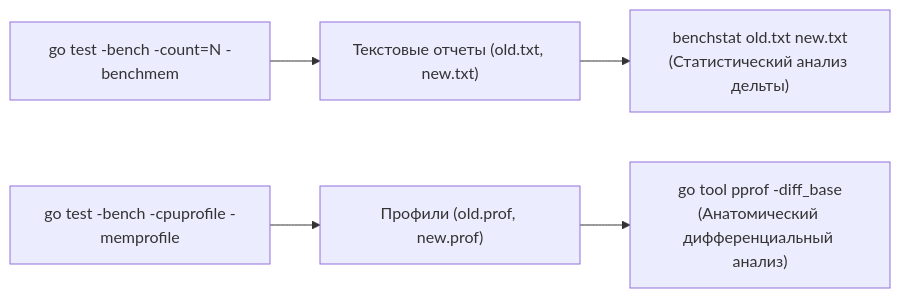
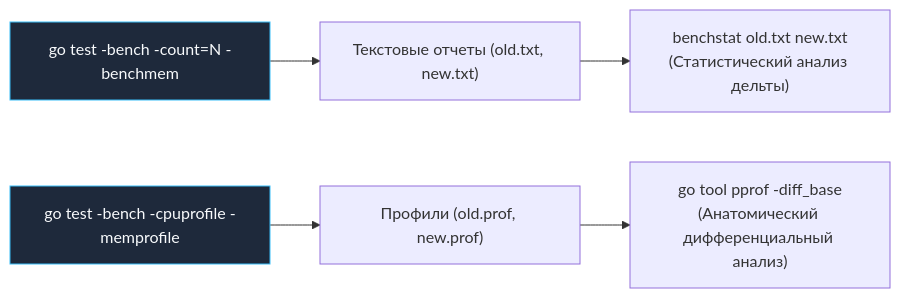
Before and after one commit to UnrealTemplier/go-textbook: the second of 5 diagrams in sources/16. Профилирование, отладка и производительность/02. Benchmarking/8. Сравнение версий кода.md, drawn with Mermaid. The commit also changed other lines of this file and 1666 other files, not shown here.

First line of the commit message:
feat(mermaid): add semantic color classDef to 1369 colorless flowchart/graph diagrams

````diff
--- a/sources/16. Профилирование, отладка и производительность/02. Benchmarking/8. Сравнение версий кода.md
+++ b/sources/16. Профилирование, отладка и производительность/02. Benchmarking/8. Сравнение версий кода.md
@@ -65,8 +75,18 @@
 ```mermaid
 flowchart LR
-    GoTest["go test -bench -count=N -benchmem"] --> RawFiles["Текстовые отчеты (old.txt, new.txt)"]
+    classDef process  fill:#1e293b,stroke:#38bdf8,stroke-width:1px,color:#f8fafc
+    classDef success  fill:#064e3b,stroke:#34d399,stroke-width:1px,color:#f8fafc
+    classDef error    fill:#7f1d1d,stroke:#f87171,stroke-width:1px,color:#f8fafc
+    classDef warning  fill:#78350f,stroke:#fbbf24,stroke-width:1px,color:#f8fafc
+    classDef entry    fill:#1e3a5f,stroke:#38bdf8,stroke-width:2px,color:#f8fafc
+    classDef aux      fill:#334155,stroke:#64748b,stroke-width:1px,color:#f8fafc
+    classDef system   fill:#312e81,stroke:#a78bfa,stroke-width:1px,color:#f8fafc
+    classDef data     fill:#132d29,stroke:#2dd4bf,stroke-width:1px,color:#f8fafc
+    classDef network  fill:#881337,stroke:#fb7185,stroke-width:1px,color:#f8fafc
+    classDef accent   fill:#1e1b4b,stroke:#818cf8,stroke-width:1px,color:#f8fafc
+    GoTest["go test -bench -count=N -benchmem"]:::process --> RawFiles["Текстовые отчеты (old.txt, new.txt)"]
     RawFiles --> Benchstat["benchstat old.txt new.txt<br>(Статистический анализ дельты)"]
     
-    ProfTest["go test -bench -cpuprofile -memprofile"] --> ProfFiles["Профили (old.prof, new.prof)"]
+    ProfTest["go test -bench -cpuprofile -memprofile"]:::process --> ProfFiles["Профили (old.prof, new.prof)"]
     ProfFiles --> DiffPprof["go tool pprof -diff_base<br>(Анатомический дифференциальный анализ)"]
 ```
````
